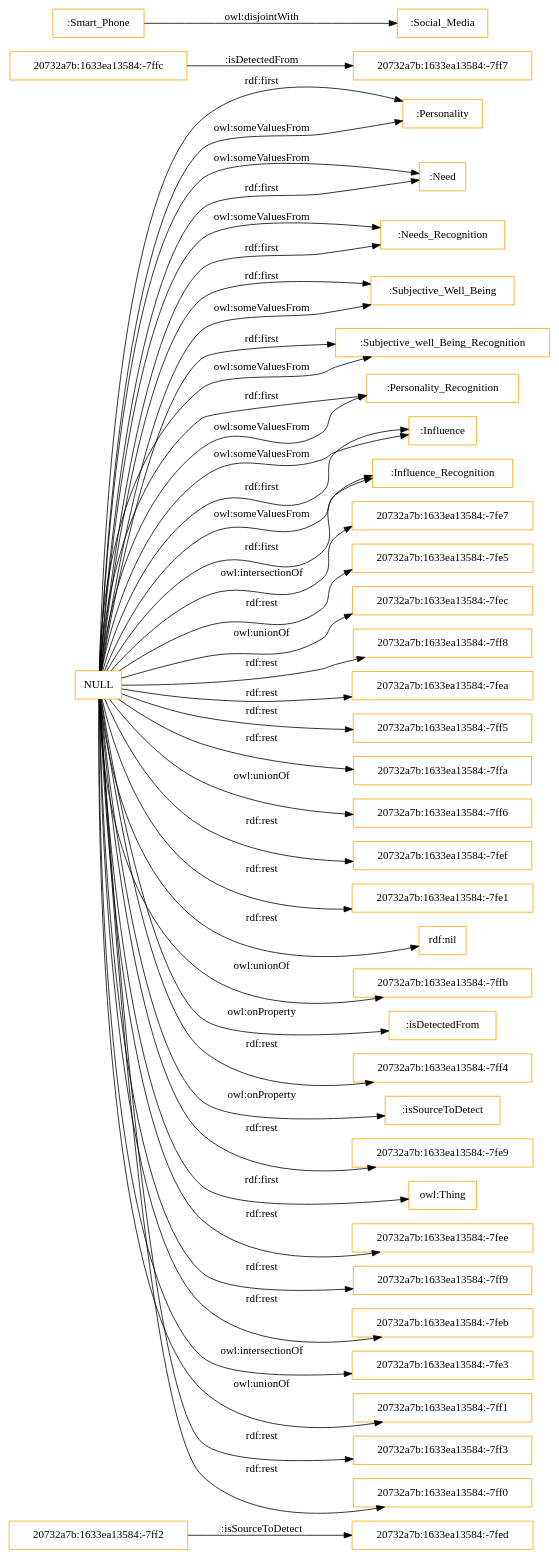
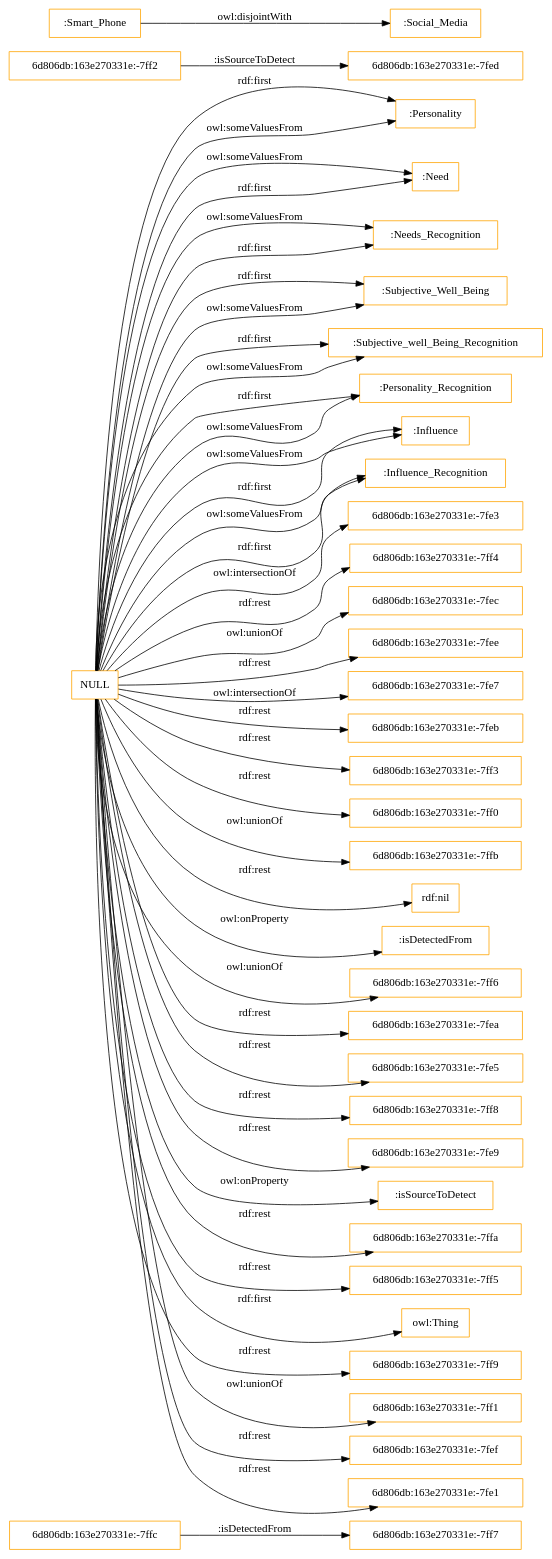
Before and after one commit to rana-othman/HASIO-Modularization: the diagram in OnToology/Influence_Recognition_Module.owl/diagrams/ar2dtool-class/Influence_Recognition_Module.owl.png.dot, drawn with Graphviz. The commit also changed 43 other files, not shown here.

```diff
--- a/OnToology/Influence_Recognition_Module.owl/diagrams/ar2dtool-class/Influence_Recognition_Module.owl.png.dot
+++ b/OnToology/Influence_Recognition_Module.owl/diagrams/ar2dtool-class/Influence_Recognition_Module.owl.png.dot
@@ -1,49 +1,49 @@
 digraph ar2dtool_diagram { 
 rankdir=LR;
 size="1501"
-node [shape = rectangle, color="orange"]; "20732a7b:1633ea13584:-7ff2" ":Personality" ":Need" ":Needs_Recognition" ":Subjective_Well_Being" "20732a7b:1633ea13584:-7ffc" ":Subjective_well_Being_Recognition" ":Personality_Recognition" ":Influence" "20732a7b:1633ea13584:-7ff7" "20732a7b:1633ea13584:-7fed" ":Smart_Phone" ":Social_Media" ":Influence_Recognition" ; /*classes style*/
+node [shape = rectangle, color="orange"]; "6d806db:163e270331e:-7ff7" ":Personality" ":Need" "6d806db:163e270331e:-7ffc" ":Needs_Recognition" ":Subjective_Well_Being" "6d806db:163e270331e:-7ff2" ":Subjective_well_Being_Recognition" ":Personality_Recognition" "6d806db:163e270331e:-7fed" ":Influence" ":Smart_Phone" ":Social_Media" ":Influence_Recognition" ; /*classes style*/
+	"NULL" -> "6d806db:163e270331e:-7fe3" [ label = "owl:intersectionOf" ];
 	"NULL" -> ":Personality_Recognition" [ label = "rdf:first" ];
-	"NULL" -> "20732a7b:1633ea13584:-7fe7" [ label = "owl:intersectionOf" ];
+	"NULL" -> "6d806db:163e270331e:-7ff4" [ label = "rdf:rest" ];
+	"NULL" -> "6d806db:163e270331e:-7fec" [ label = "owl:unionOf" ];
 	"NULL" -> ":Personality" [ label = "rdf:first" ];
-	"NULL" -> "20732a7b:1633ea13584:-7fe5" [ label = "rdf:rest" ];
-	"NULL" -> "20732a7b:1633ea13584:-7fec" [ label = "owl:unionOf" ];
-	"NULL" -> "20732a7b:1633ea13584:-7ff8" [ label = "rdf:rest" ];
-	"NULL" -> "20732a7b:1633ea13584:-7fea" [ label = "rdf:rest" ];
 	"NULL" -> ":Subjective_Well_Being" [ label = "rdf:first" ];
+	"NULL" -> "6d806db:163e270331e:-7fee" [ label = "rdf:rest" ];
 	"NULL" -> ":Personality_Recognition" [ label = "owl:someValuesFrom" ];
-	"NULL" -> "20732a7b:1633ea13584:-7ff5" [ label = "rdf:rest" ];
 	"NULL" -> ":Need" [ label = "owl:someValuesFrom" ];
+	"NULL" -> "6d806db:163e270331e:-7fe7" [ label = "owl:intersectionOf" ];
+	"NULL" -> "6d806db:163e270331e:-7feb" [ label = "rdf:rest" ];
 	"NULL" -> ":Influence" [ label = "owl:someValuesFrom" ];
-	"NULL" -> "20732a7b:1633ea13584:-7ffa" [ label = "rdf:rest" ];
-	"NULL" -> "20732a7b:1633ea13584:-7ff6" [ label = "owl:unionOf" ];
 	"NULL" -> ":Influence_Recognition" [ label = "owl:someValuesFrom" ];
 	"NULL" -> ":Personality" [ label = "owl:someValuesFrom" ];
 	"NULL" -> ":Needs_Recognition" [ label = "owl:someValuesFrom" ];
-	"NULL" -> "20732a7b:1633ea13584:-7fef" [ label = "rdf:rest" ];
-	"NULL" -> "20732a7b:1633ea13584:-7fe1" [ label = "rdf:rest" ];
+	"NULL" -> "6d806db:163e270331e:-7ff3" [ label = "rdf:rest" ];
+	"NULL" -> "6d806db:163e270331e:-7ff0" [ label = "rdf:rest" ];
+	"NULL" -> "6d806db:163e270331e:-7ffb" [ label = "owl:unionOf" ];
 	"NULL" -> "rdf:nil" [ label = "rdf:rest" ];
-	"NULL" -> "20732a7b:1633ea13584:-7ffb" [ label = "owl:unionOf" ];
 	"NULL" -> ":isDetectedFrom" [ label = "owl:onProperty" ];
-	"NULL" -> "20732a7b:1633ea13584:-7ff4" [ label = "rdf:rest" ];
+	"NULL" -> "6d806db:163e270331e:-7ff6" [ label = "owl:unionOf" ];
+	"NULL" -> "6d806db:163e270331e:-7fea" [ label = "rdf:rest" ];
+	"NULL" -> "6d806db:163e270331e:-7fe5" [ label = "rdf:rest" ];
 	"NULL" -> ":Subjective_well_Being_Recognition" [ label = "rdf:first" ];
+	"NULL" -> "6d806db:163e270331e:-7ff8" [ label = "rdf:rest" ];
+	"NULL" -> "6d806db:163e270331e:-7fe9" [ label = "rdf:rest" ];
 	"NULL" -> ":isSourceToDetect" [ label = "owl:onProperty" ];
 	"NULL" -> ":Need" [ label = "rdf:first" ];
-	"NULL" -> "20732a7b:1633ea13584:-7fe9" [ label = "rdf:rest" ];
+	"NULL" -> "6d806db:163e270331e:-7ffa" [ label = "rdf:rest" ];
+	"NULL" -> "6d806db:163e270331e:-7ff5" [ label = "rdf:rest" ];
 	"NULL" -> "owl:Thing" [ label = "rdf:first" ];
-	"NULL" -> "20732a7b:1633ea13584:-7fee" [ label = "rdf:rest" ];
+	"NULL" -> "6d806db:163e270331e:-7ff9" [ label = "rdf:rest" ];
 	"NULL" -> ":Subjective_well_Being_Recognition" [ label = "owl:someValuesFrom" ];
-	"NULL" -> "20732a7b:1633ea13584:-7ff9" [ label = "rdf:rest" ];
-	"NULL" -> "20732a7b:1633ea13584:-7feb" [ label = "rdf:rest" ];
-	"NULL" -> "20732a7b:1633ea13584:-7fe3" [ label = "owl:intersectionOf" ];
+	"NULL" -> "6d806db:163e270331e:-7ff1" [ label = "owl:unionOf" ];
+	"NULL" -> "6d806db:163e270331e:-7fef" [ label = "rdf:rest" ];
 	"NULL" -> ":Influence" [ label = "rdf:first" ];
-	"NULL" -> "20732a7b:1633ea13584:-7ff1" [ label = "owl:unionOf" ];
-	"NULL" -> "20732a7b:1633ea13584:-7ff3" [ label = "rdf:rest" ];
 	"NULL" -> ":Needs_Recognition" [ label = "rdf:first" ];
-	"NULL" -> "20732a7b:1633ea13584:-7ff0" [ label = "rdf:rest" ];
 	"NULL" -> ":Subjective_Well_Being" [ label = "owl:someValuesFrom" ];
+	"NULL" -> "6d806db:163e270331e:-7fe1" [ label = "rdf:rest" ];
 	"NULL" -> ":Influence_Recognition" [ label = "rdf:first" ];
 	":Smart_Phone" -> ":Social_Media" [ label = "owl:disjointWith" ];
-	"20732a7b:1633ea13584:-7ffc" -> "20732a7b:1633ea13584:-7ff7" [ label = ":isDetectedFrom" ];
-	"20732a7b:1633ea13584:-7ff2" -> "20732a7b:1633ea13584:-7fed" [ label = ":isSourceToDetect" ];
+	"6d806db:163e270331e:-7ffc" -> "6d806db:163e270331e:-7ff7" [ label = ":isDetectedFrom" ];
+	"6d806db:163e270331e:-7ff2" -> "6d806db:163e270331e:-7fed" [ label = ":isSourceToDetect" ];
 
 }
```
